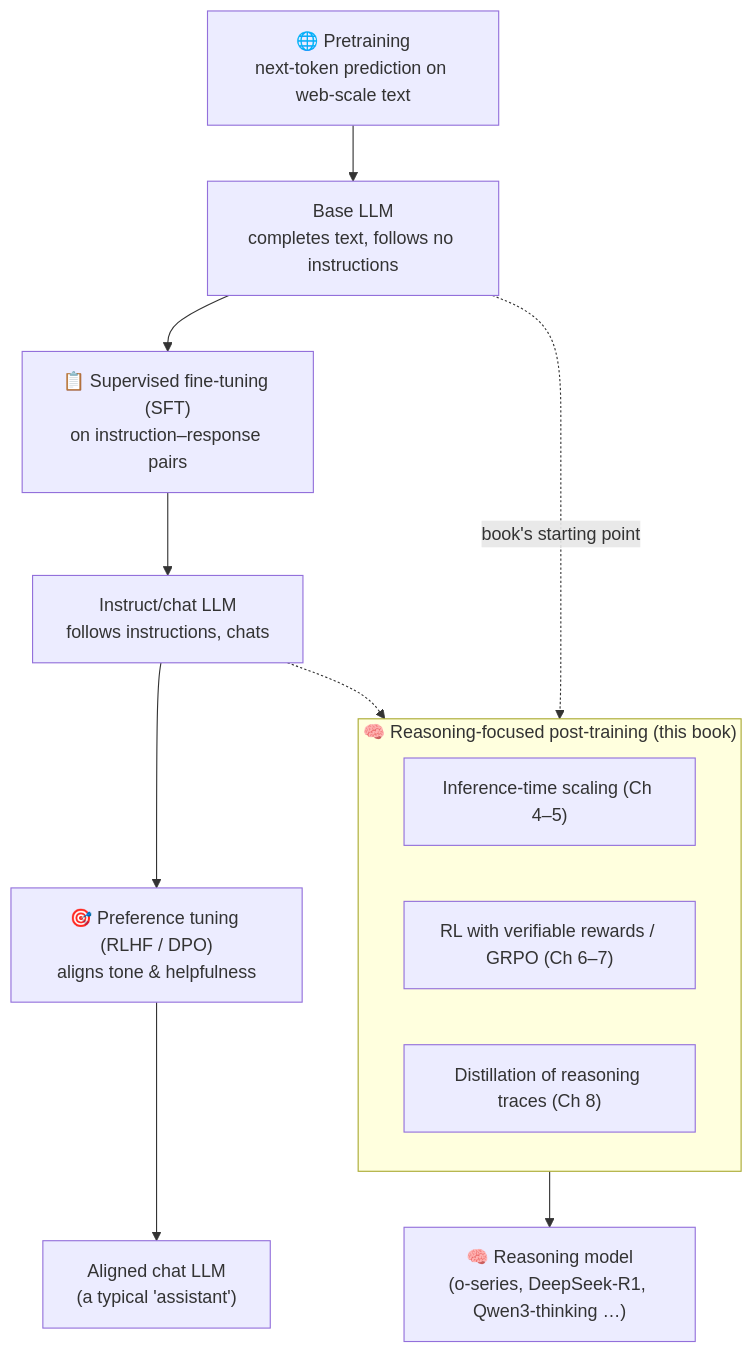
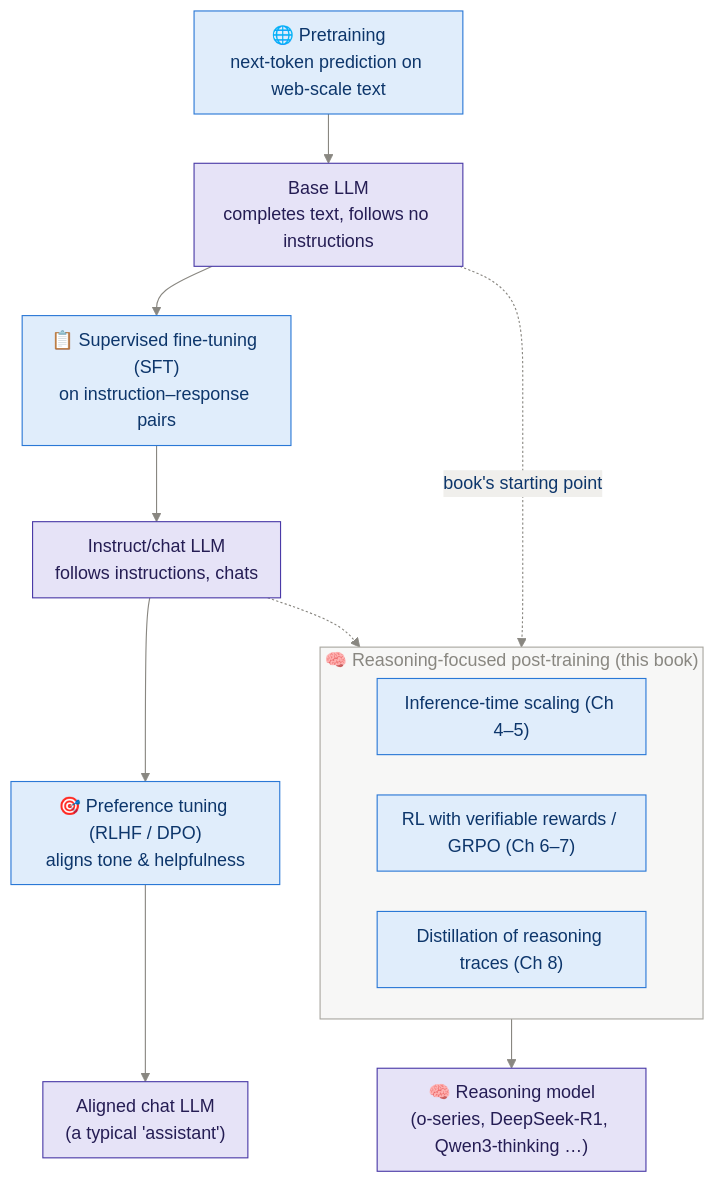
Before and after one commit to sudhanshu-shivam-dev/reasoning_model_from_scratch: the second of 6 diagrams in study_guide/ch01_understanding_reasoning_models.md, drawn with Mermaid. The commit also changed other lines of this file and 14 other files, not shown here.

First line of the commit message:
Restyle all 54 diagrams: consistent palette, semantic colors, better spacing

````diff
--- a/study_guide/ch01_understanding_reasoning_models.md
+++ b/study_guide/ch01_understanding_reasoning_models.md
@@ -65,16 +70,19 @@
 ```mermaid
+%%{init: {"theme":"base","themeVariables":{"primaryColor":"#e0edfb","primaryTextColor":"#0d366b","primaryBorderColor":"#2a78d6","lineColor":"#898781","textColor":"#52514e","edgeLabelBackground":"#f0efec","clusterBkg":"rgba(137,135,129,0.07)","clusterBorder":"#a9a7a0","titleColor":"#898781"},"flowchart":{"nodeSpacing":36,"rankSpacing":44,"curve":"basis","padding":10}}}%%
 flowchart TB
     A["🌐 Pretraining<br/>next-token prediction on web-scale text"] --> B["Base LLM<br/>completes text, follows no instructions"]
     B --> C["📋 Supervised fine-tuning (SFT)<br/>on instruction–response pairs"]
     C --> D["Instruct/chat LLM<br/>follows instructions, chats"]
     D --> E["🎯 Preference tuning (RLHF / DPO)<br/>aligns tone & helpfulness"]
     E --> F["Aligned chat LLM<br/>(a typical 'assistant')"]
     B -.->|"book's starting point"| G
     D -.-> G
     subgraph G["🧠 Reasoning-focused post-training (this book)"]
         G1["Inference-time scaling (Ch 4–5)"]
         G2["RL with verifiable rewards / GRPO (Ch 6–7)"]
         G3["Distillation of reasoning traces (Ch 8)"]
     end
     G --> H["🧠 Reasoning model<br/>(o-series, DeepSeek-R1, Qwen3-thinking …)"]
+    classDef model fill:#e6e3f7,stroke:#4a3aa7,color:#251d54
+    class B,D,F,H model
 ```
````
